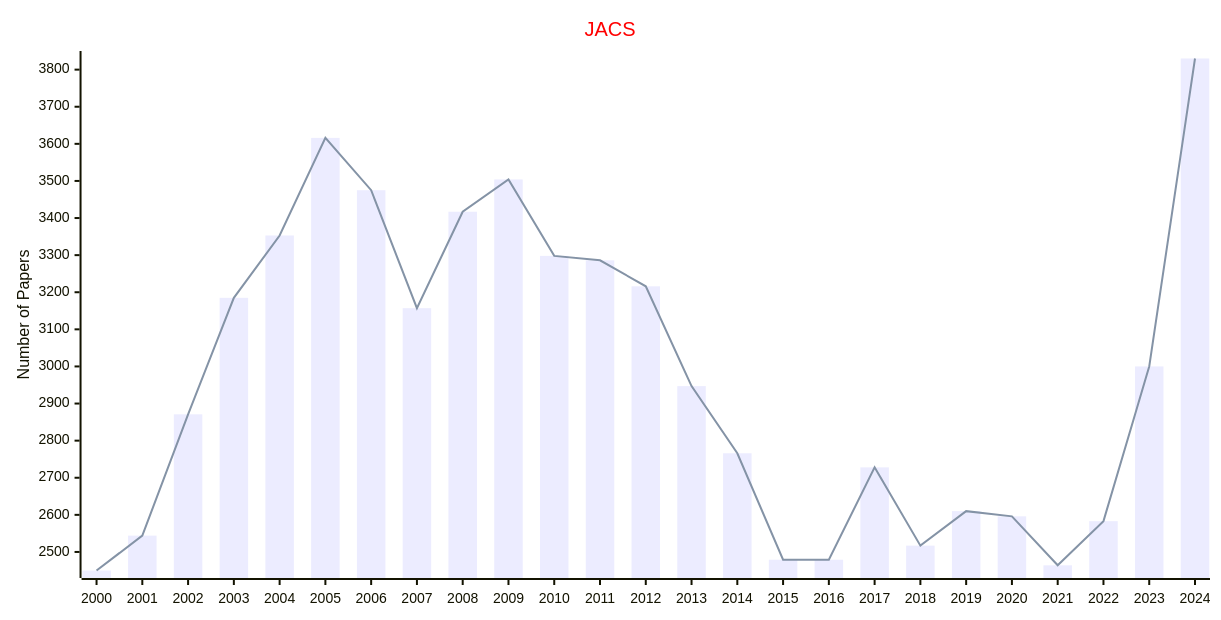
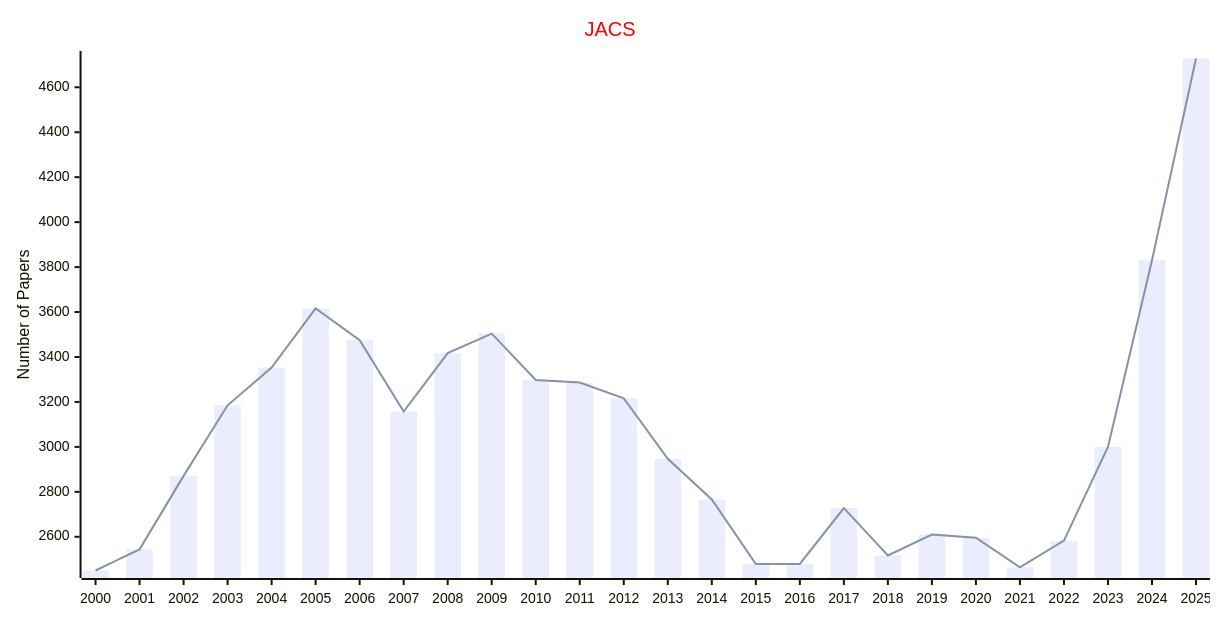
The second of 2 diagrams in docs/data/Journals/Publishers_Journals/ACS.md (Easy-PhD/AILinks), drawn with Mermaid before and after one commit. The commit also changed other lines of this file and 107 other files, not shown here.

````diff
--- a/docs/data/Journals/Publishers_Journals/ACS.md
+++ b/docs/data/Journals/Publishers_Journals/ACS.md
@@ -35,17 +35,17 @@
 ```mermaid
 ---
 config:
     xyChart:
         width: 1200
         height: 600
     themeVariables:
         xyChart:
             titleColor: "#ff0000"
 ---
 xychart-beta
     title "JACS"
-    x-axis [2000, 2001, 2002, 2003, 2004, 2005, 2006, 2007, 2008, 2009, 2010, 2011, 2012, 2013, 2014, 2015, 2016, 2017, 2018, 2019, 2020, 2021, 2022, 2023, 2024]
+    x-axis [2000, 2001, 2002, 2003, 2004, 2005, 2006, 2007, 2008, 2009, 2010, 2011, 2012, 2013, 2014, 2015, 2016, 2017, 2018, 2019, 2020, 2021, 2022, 2023, 2024, 2025]
     y-axis "Number of Papers"
-    bar [2450, 2544, 2871, 3185, 3353, 3616, 3475, 3157, 3417, 3504, 3298, 3286, 3216, 2947, 2766, 2479, 2479, 2728, 2517, 2610, 2596, 2464, 2583, 3000, 3830]
-    line [2450, 2544, 2871, 3185, 3353, 3616, 3475, 3157, 3417, 3504, 3298, 3286, 3216, 2947, 2766, 2479, 2479, 2728, 2517, 2610, 2596, 2464, 2583, 3000, 3830]
+    bar [2450, 2544, 2871, 3185, 3353, 3616, 3475, 3157, 3417, 3504, 3298, 3286, 3216, 2947, 2766, 2479, 2479, 2728, 2517, 2610, 2596, 2464, 2583, 3000, 3830, 4728]
+    line [2450, 2544, 2871, 3185, 3353, 3616, 3475, 3157, 3417, 3504, 3298, 3286, 3216, 2947, 2766, 2479, 2479, 2728, 2517, 2610, 2596, 2464, 2583, 3000, 3830, 4728]
 ```
````
